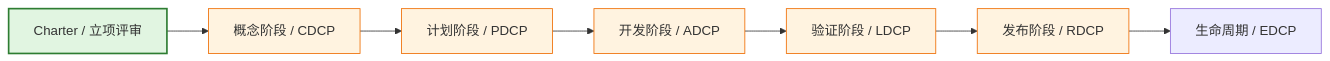
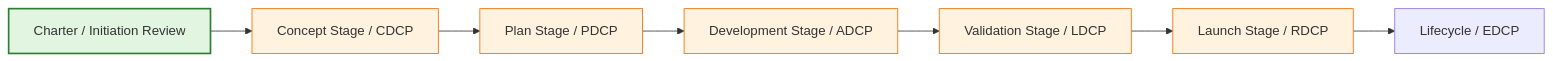
Before and after one commit to Kirky-X/cangjie: the fifth of 11 diagrams in templates/产品/战略层/【模板】项目任务书.md, drawn with Mermaid. The commit also changed other lines of this file and 12 other files, not shown here.

````diff
--- a/templates/产品/战略层/【模板】项目任务书.md
+++ b/templates/产品/战略层/【模板】项目任务书.md
@@ -245,16 +245,16 @@
 ```mermaid
 flowchart LR
-    A[Charter / 立项评审] --> B[概念阶段 / CDCP]
-    B --> C[计划阶段 / PDCP]
-    C --> D[开发阶段 / ADCP]
-    D --> E[验证阶段 / LDCP]
-    E --> F[发布阶段 / RDCP]
-    F --> G[生命周期 / EDCP]
+    A[Charter / Initiation Review] --> B[Concept Stage / CDCP]
+    B --> C[Plan Stage / PDCP]
+    C --> D[Development Stage / ADCP]
+    D --> E[Validation Stage / LDCP]
+    E --> F[Launch Stage / RDCP]
+    F --> G[Lifecycle / EDCP]
 
     style A fill:#e1f5e1,stroke:#2e7d32,stroke-width:2px
     style B fill:#fff3e0,stroke:#ef6c00
     style C fill:#fff3e0,stroke:#ef6c00
     style D fill:#fff3e0,stroke:#ef6c00
     style E fill:#fff3e0,stroke:#ef6c00
     style F fill:#fff3e0,stroke:#ef6c00
 ```
````
